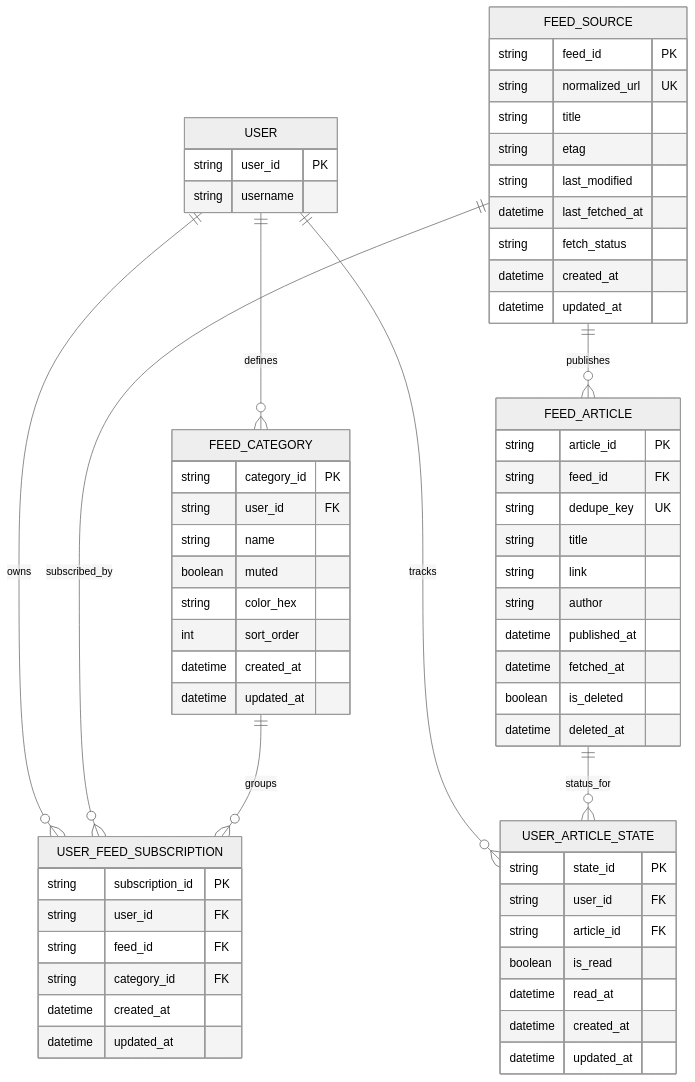
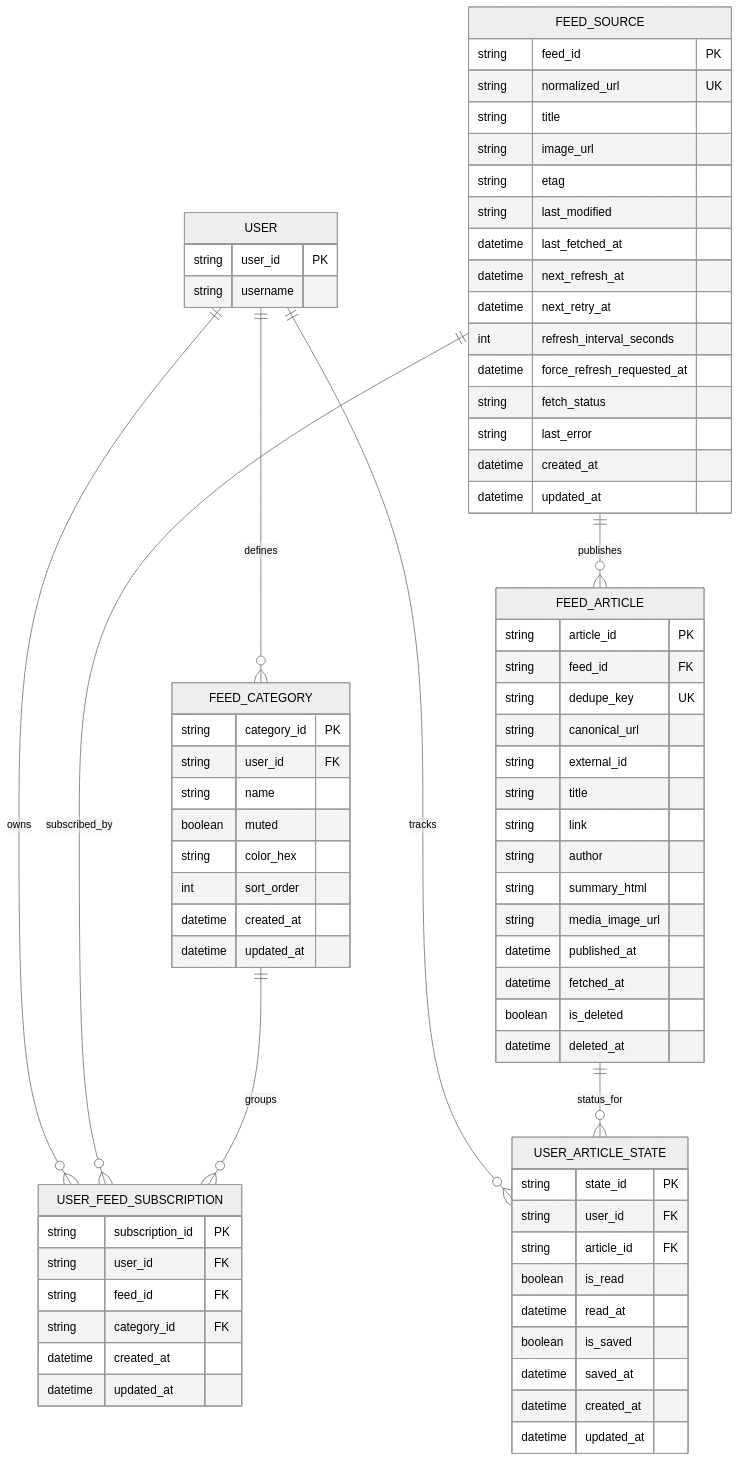
The third of 5 diagrams in website/feeds/README.md (schleising/website3), drawn with Mermaid (neutral theme) before and after one commit. The commit also changed other lines of this file, not shown here.

Commit message:
feat: Update README.md with additional requirements and adjust feed refresh intervals

````diff
--- a/website/feeds/README.md
+++ b/website/feeds/README.md
@@ -199,65 +220,77 @@
 ```mermaid
 erDiagram
 	 USER ||--o{ FEED_CATEGORY : defines
 	 USER ||--o{ USER_FEED_SUBSCRIPTION : owns
 	 USER ||--o{ USER_ARTICLE_STATE : tracks
 	 FEED_SOURCE ||--o{ FEED_ARTICLE : publishes
 	 FEED_SOURCE ||--o{ USER_FEED_SUBSCRIPTION : subscribed_by
 	 FEED_CATEGORY ||--o{ USER_FEED_SUBSCRIPTION : groups
 	 FEED_ARTICLE ||--o{ USER_ARTICLE_STATE : status_for
 
 	 USER {
 		  string user_id PK
 		  string username
 	 }
 	 FEED_CATEGORY {
 		  string category_id PK
 		  string user_id FK
 		  string name
 		  boolean muted
 		  string color_hex
 		  int sort_order
 		  datetime created_at
 		  datetime updated_at
 	 }
 	 FEED_SOURCE {
 		  string feed_id PK
 		  string normalized_url UK
 		  string title
+		  string image_url
 		  string etag
 		  string last_modified
 		  datetime last_fetched_at
+		  datetime next_refresh_at
+		  datetime next_retry_at
+		  int refresh_interval_seconds
+		  datetime force_refresh_requested_at
 		  string fetch_status
+		  string last_error
 		  datetime created_at
 		  datetime updated_at
 	 }
 	 USER_FEED_SUBSCRIPTION {
 		  string subscription_id PK
 		  string user_id FK
 		  string feed_id FK
 		  string category_id FK
 		  datetime created_at
 		  datetime updated_at
 	 }
 	 FEED_ARTICLE {
 		  string article_id PK
 		  string feed_id FK
 		  string dedupe_key UK
+		  string canonical_url
+		  string external_id
 		  string title
 		  string link
 		  string author
+		  string summary_html
+		  string media_image_url
 		  datetime published_at
 		  datetime fetched_at
 		  boolean is_deleted
 		  datetime deleted_at
 	 }
 	 USER_ARTICLE_STATE {
 		  string state_id PK
 		  string user_id FK
 		  string article_id FK
 		  boolean is_read
 		  datetime read_at
+		  boolean is_saved
+		  datetime saved_at
 		  datetime created_at
 		  datetime updated_at
 	 }
 ```
````
